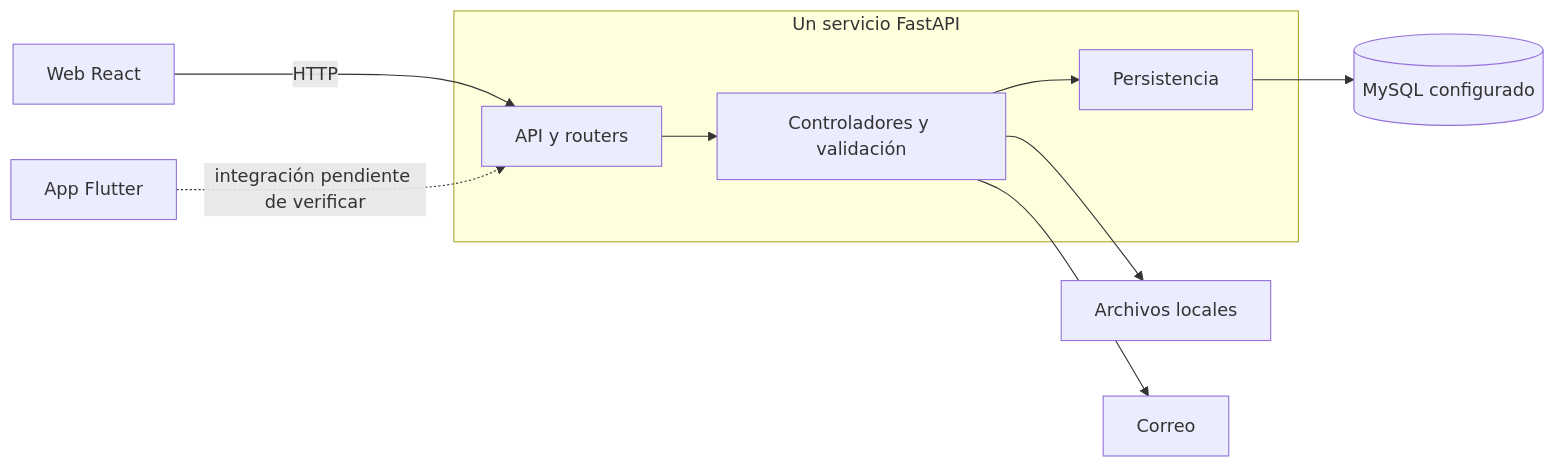
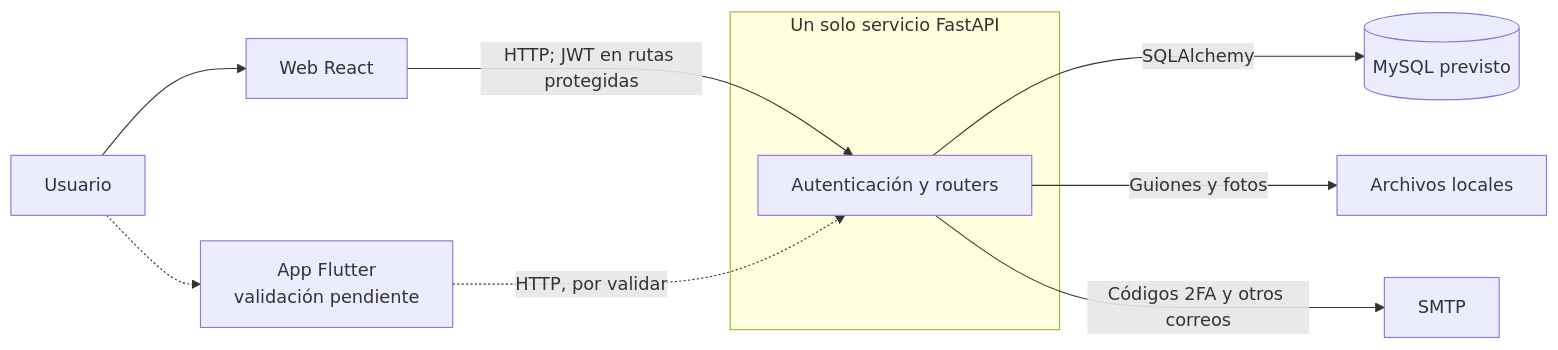
One commit to Aerxs666/FOCCUS-RF changed the first of 2 diagrams in sustentacion t6/README.md. Above: the diagram before and after it, drawn with Mermaid. The commit also changed other lines of this file, not shown here.

````diff
--- a/sustentacion t6/README.md
+++ b/sustentacion t6/README.md
@@ -136,12 +66,13 @@
 ```mermaid
 flowchart LR
-  W[Web React] -->|HTTP| API
-  M[App Flutter] -.->|integración pendiente de verificar| API
-  subgraph B["Un servicio FastAPI"]
-    API[API y routers] --> L[Controladores y validación]
-    L --> ORM[Persistencia]
+  U[Usuario] --> W[Web React]
+  U -.-> M[App Flutter<br/>validación pendiente]
+  W -->|HTTP; JWT en rutas protegidas| API
+  M -.->|HTTP, por validar| API
+  subgraph B["Un solo servicio FastAPI"]
+    API[Autenticación y routers]
   end
-  ORM --> DB[(MySQL configurado)]
-  L --> FS[Archivos locales]
-  L --> MAIL[Correo]
+  API -->|SQLAlchemy| DB[(MySQL previsto)]
+  API -->|Guiones y fotos| F[Archivos locales]
+  API -->|Códigos 2FA y otros correos| S[SMTP]
 ```
````
